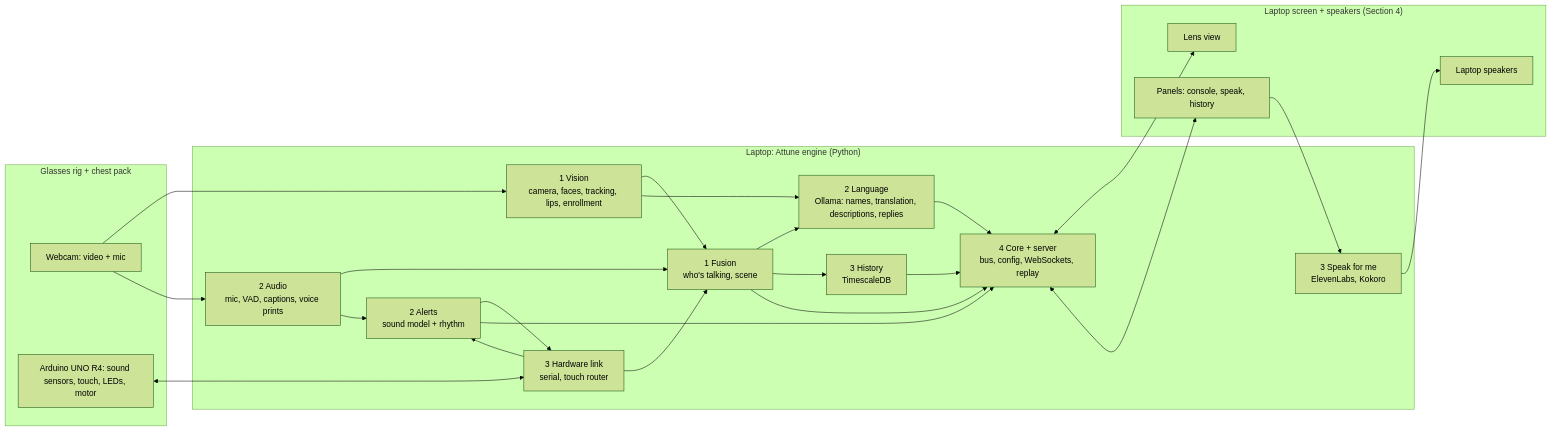
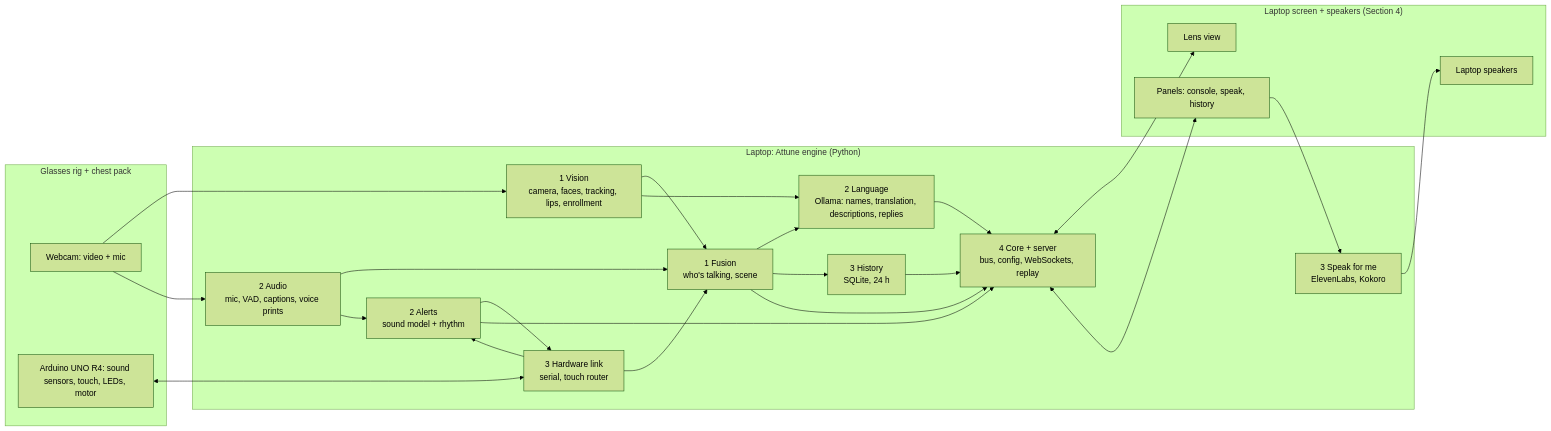
Before and after one commit to JustinS43/Attune: the diagram in docs/feature-map.md, drawn with Mermaid (forest theme). The commit also changed other lines of this file and 10 other files, not shown here.

Commit message:
[shared] Drop Tiger Data: conversation history in local SQLite, deleted after 24 hours

````diff
--- a/docs/feature-map.md
+++ b/docs/feature-map.md
@@ -11,43 +11,43 @@
 ```mermaid
 flowchart LR
   subgraph RIG["Glasses rig + chest pack"]
     CAM[Webcam: video + mic]
     ARD[Arduino UNO R4: sound sensors, touch, LEDs, motor]
   end
   subgraph ENG["Laptop: Attune engine (Python)"]
     V["1 Vision<br/>camera, faces, tracking, lips, enrollment"]
     F["1 Fusion<br/>who's talking, scene"]
     A["2 Audio<br/>mic, VAD, captions, voice prints"]
     AL["2 Alerts<br/>sound model + rhythm"]
     L["2 Language<br/>Ollama: names, translation, descriptions, replies"]
     H["3 Hardware link<br/>serial, touch router"]
     S["3 Speak for me<br/>ElevenLabs, Kokoro"]
-    DB["3 History<br/>TimescaleDB"]
+    DB["3 History<br/>SQLite, 24 h"]
     C["4 Core + server<br/>bus, config, WebSockets, replay"]
   end
   subgraph UI["Laptop screen + speakers (Section 4)"]
     LV[Lens view]
     P[Panels: console, speak, history]
     SPK[Laptop speakers]
   end
   CAM --> V
   CAM --> A
   ARD <--> H
   V --> F
   A --> F
   H --> F
   A --> AL
   H --> AL
   F --> L
   V --> L
   AL --> H
   F --> DB
   S --> SPK
   C <--> LV
   C <--> P
   F --> C
   AL --> C
   L --> C
   DB --> C
   P --> S
 ```
````
